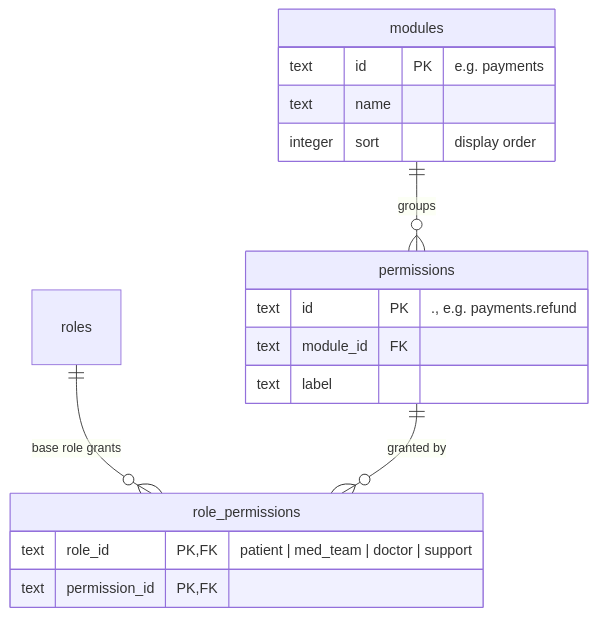
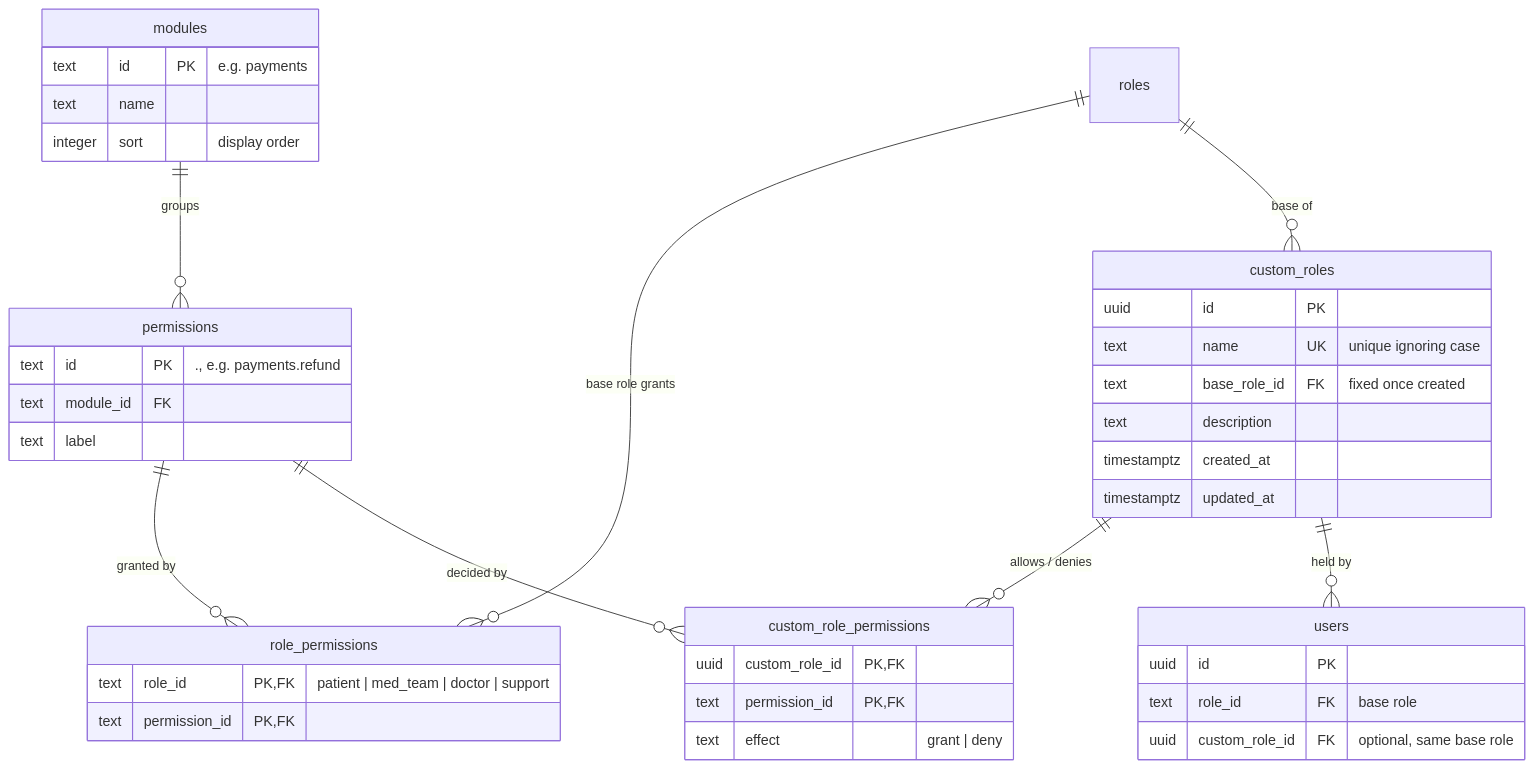
One commit to JM-GrizzlyBear/HomeLabConnect changed the diagram in docs/erd/access.md. Above: the diagram before and after it, drawn with Mermaid. The commit also changed other lines of this file and 1 other file, not shown here.

Commit message:
docs: document custom roles

````diff
--- a/docs/erd/access.md
+++ b/docs/erd/access.md
@@ -5,21 +5,43 @@
 ```mermaid
 erDiagram
     modules ||--o{ permissions : "groups"
     roles ||--o{ role_permissions : "base role grants"
     permissions ||--o{ role_permissions : "granted by"
+    roles ||--o{ custom_roles : "base of"
+    custom_roles ||--o{ custom_role_permissions : "allows / denies"
+    permissions ||--o{ custom_role_permissions : "decided by"
+    custom_roles ||--o{ users : "held by"
 
     modules {
         text id PK "e.g. payments"
         text name
         integer sort "display order"
     }
     permissions {
         text id PK "<module>.<action>, e.g. payments.refund"
         text module_id FK
         text label
     }
     role_permissions {
         text role_id PK, FK "patient | med_team | doctor | support"
         text permission_id PK, FK
     }
+    custom_roles {
+        uuid id PK
+        text name UK "unique ignoring case"
+        text base_role_id FK "fixed once created"
+        text description
+        timestamptz created_at
+        timestamptz updated_at
+    }
+    custom_role_permissions {
+        uuid custom_role_id PK, FK
+        text permission_id PK, FK
+        text effect "grant | deny"
+    }
+    users {
+        uuid id PK
+        text role_id FK "base role"
+        uuid custom_role_id FK "optional, same base role"
+    }
 ```
````
